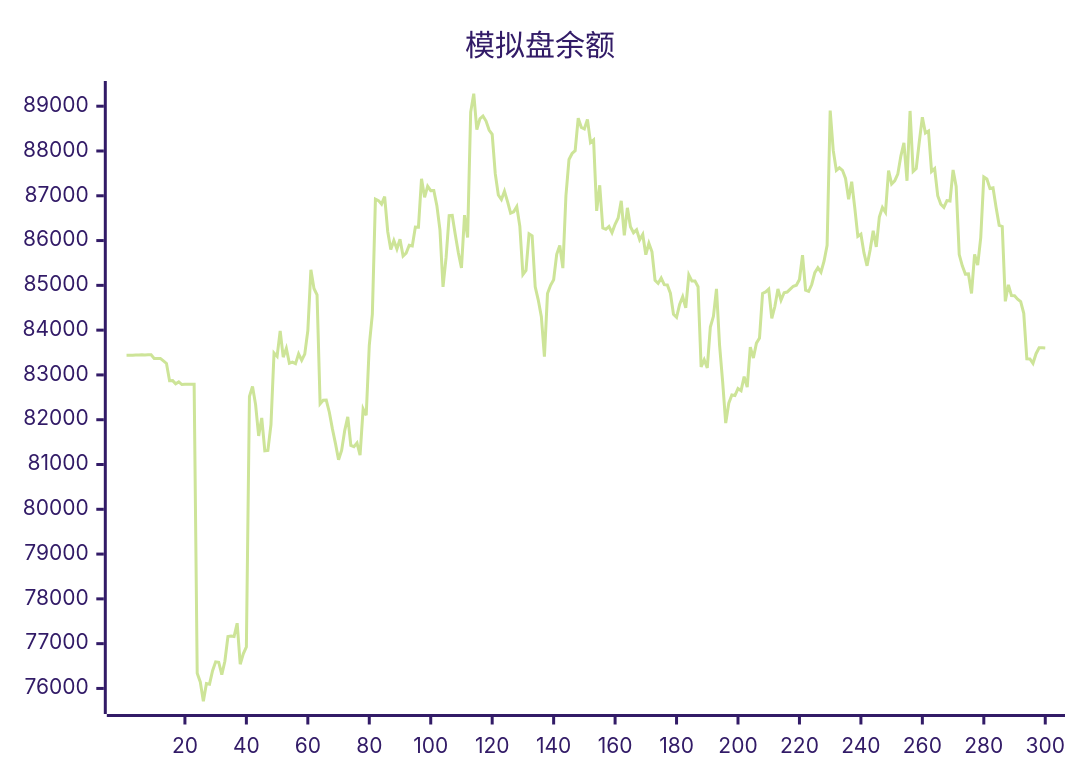
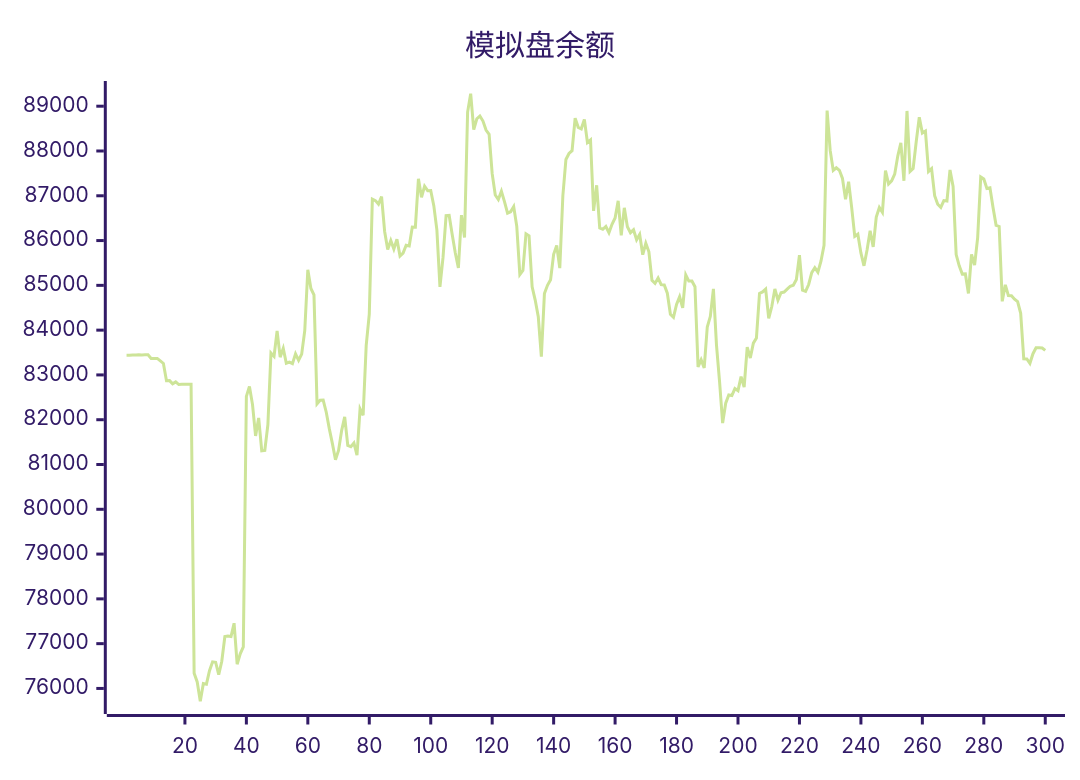
One commit to aahl/ai-trading changed the diagram in README.md. Above: the diagram before and after it, drawn with Mermaid (forest theme). The commit also changed other lines of this file and 1 other file, not shown here.

````diff
--- a/README.md
+++ b/README.md
@@ -5,5 +5,5 @@
 ```mermaid
 xychart
     title "模拟盘余额"
-    line [83439,83440,83440,83446,83447,83448,83447,83448,83449,83369,83369,83369,83313,83256,82872,82873,82801,82844,82785,82791,82791,82793,82794,76339,76145,75714,76110,76096,76397,76594,76585,76310,76607,77160,77170,77160,77456,76541,76774,76927,82520,82744,82337,81639,82040,81307,81314,81887,83490,83414,83984,83396,83594,83261,83287,83253,83470,83327,83465,83987,85348,84930,84786,82355,82433,82438,82167,81795,81466,81105,81315,81756,82064,81426,81398,81481,81210,82242,82099,83658,84359,86925,86892,86814,86980,86203,85802,86003,85811,86028,85657,85721,85896,85880,86300,86299,87378,86965,87214,87115,87118,86780,86238,84966,85623,86555,86562,86129,85722,85387,86569,86070,88870,89278,88477,88720,88781,88668,88467,88372,87493,87018,86917,87102,86870,86613,86644,86758,86317,85242,85334,86149,86106,84968,84671,84302,83410,84816,85001,85127,85693,85891,85384,87001,87811,87945,88007,88734,88528,88495,88705,88189,88248,86662,87234,86279,86251,86314,86177,86364,86503,86886,86114,86731,86310,86176,86240,86017,86136,85685,85938,85749,85111,85044,85164,85016,85008,84824,84354,84287,84572,84745,84500,85234,85096,85095,84970,83180,83338,83157,84070,84309,84922,83667,82850,81924,82369,82552,82539,82695,82648,82962,82728,83619,83378,83710,83825,84819,84854,84917,84265,84527,84919,84668,84834,84850,84916,84981,85004,85131,85674,84891,84864,85019,85284,85393,85294,85538,85894,88904,88012,87567,87625,87568,87386,86920,87313,86737,86094,86143,85725,85437,85787,86219,85859,86526,86740,86630,87563,87264,87335,87483,87886,88180,87335,88894,87544,87608,88207,88755,88401,88444,87543,87608,87000,86810,86740,86894,86884,87576,87209,85686,85435,85251,85255,84820,85689,85453,86066,87420,87373,87161,87178,86740,86341,86315,84643,85012,84772,84768,84690,84635,84376,83360,83357,83259,83474,83608,83606,83602]
+    line [83440,83440,83446,83447,83448,83447,83448,83449,83369,83369,83369,83313,83256,82872,82873,82801,82844,82785,82791,82791,82793,82794,76339,76145,75714,76110,76096,76397,76594,76585,76310,76607,77160,77170,77160,77456,76541,76774,76927,82520,82744,82337,81639,82040,81307,81314,81887,83490,83414,83984,83396,83594,83261,83287,83253,83470,83327,83465,83987,85348,84930,84786,82355,82433,82438,82167,81795,81466,81105,81315,81756,82064,81426,81398,81481,81210,82242,82099,83658,84359,86925,86892,86814,86980,86203,85802,86003,85811,86028,85657,85721,85896,85880,86300,86299,87378,86965,87214,87115,87118,86780,86238,84966,85623,86555,86562,86129,85722,85387,86569,86070,88870,89278,88477,88720,88781,88668,88467,88372,87493,87018,86917,87102,86870,86613,86644,86758,86317,85242,85334,86149,86106,84968,84671,84302,83410,84816,85001,85127,85693,85891,85384,87001,87811,87945,88007,88734,88528,88495,88705,88189,88248,86662,87234,86279,86251,86314,86177,86364,86503,86886,86114,86731,86310,86176,86240,86017,86136,85685,85938,85749,85111,85044,85164,85016,85008,84824,84354,84287,84572,84745,84500,85234,85096,85095,84970,83180,83338,83157,84070,84309,84922,83667,82850,81924,82369,82552,82539,82695,82648,82962,82728,83619,83378,83710,83825,84819,84854,84917,84265,84527,84919,84668,84834,84850,84916,84981,85004,85131,85674,84891,84864,85019,85284,85393,85294,85538,85894,88904,88012,87567,87625,87568,87386,86920,87313,86737,86094,86143,85725,85437,85787,86219,85859,86526,86740,86630,87563,87264,87335,87483,87886,88180,87335,88894,87544,87608,88207,88755,88401,88444,87543,87608,87000,86810,86740,86894,86884,87576,87209,85686,85435,85251,85255,84820,85689,85453,86066,87420,87373,87161,87178,86740,86341,86315,84643,85012,84772,84768,84690,84635,84376,83360,83357,83259,83474,83608,83606,83602,83548]
 ```
````
